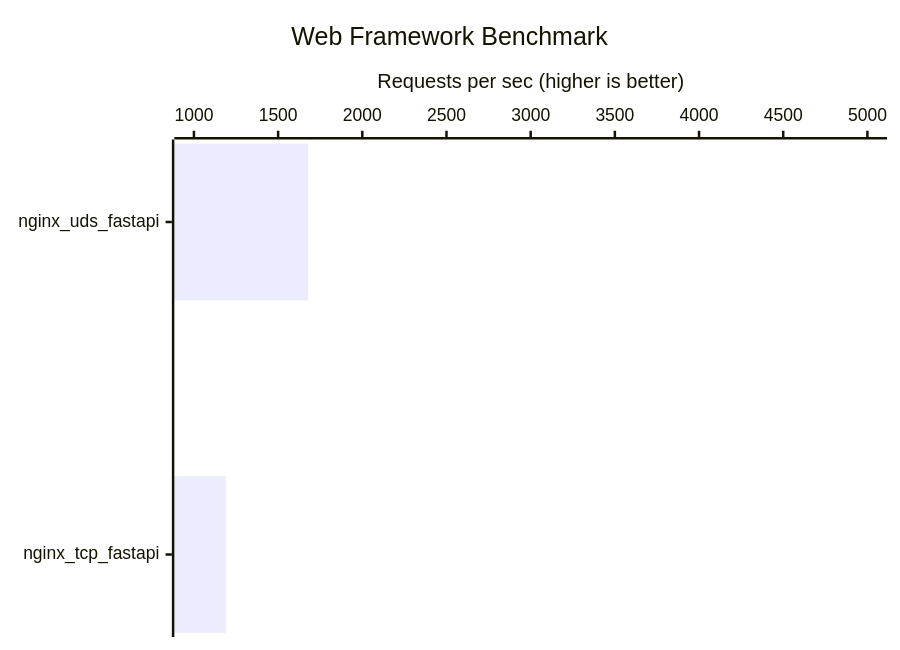
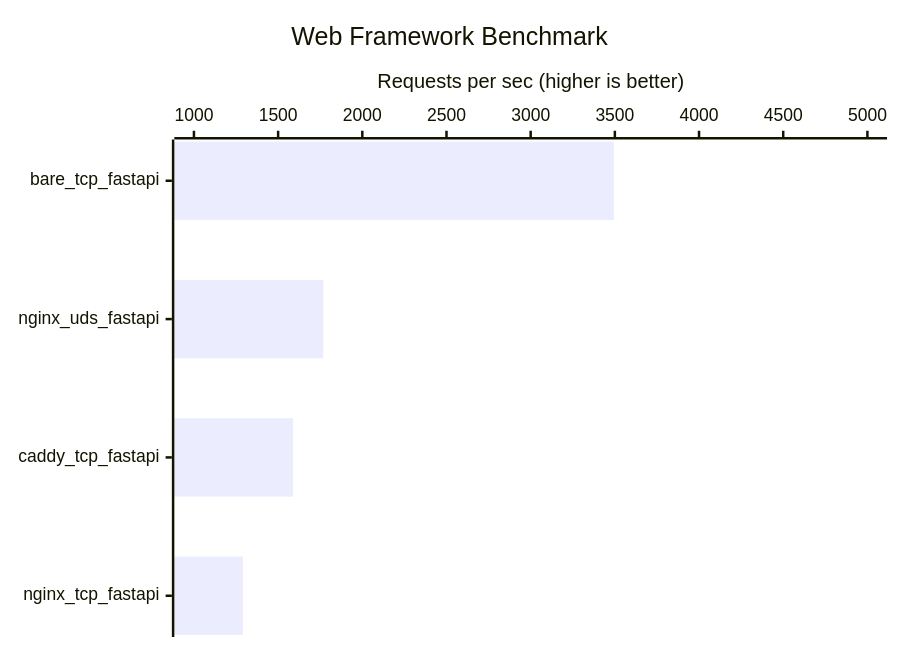
One commit to gsy0911/zenn-web-framework-comparison changed the diagram in README.md. Above: the diagram before and after it, drawn with Mermaid.

Commit message:
update report

````diff
--- a/README.md
+++ b/README.md
@@ -3,7 +3,7 @@
 ```mermaid
 xychart-beta horizontal
     title "Web Framework Benchmark"
-    x-axis [nginx_uds_fastapi, nginx_tcp_fastapi]
+    x-axis [bare_tcp_fastapi, nginx_uds_fastapi, caddy_tcp_fastapi, nginx_tcp_fastapi]
     y-axis "Requests per sec (higher is better)" 1000 --> 5000
-    bar [1678, 1190]
+    bar [3494, 1768, 1589, 1291]
 ```
````
